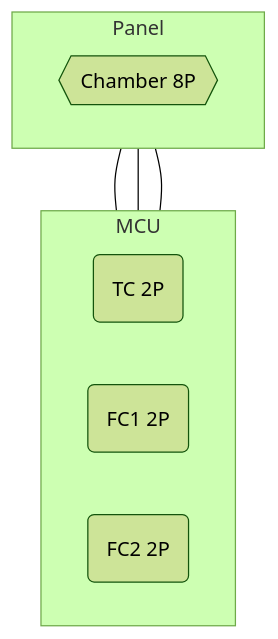
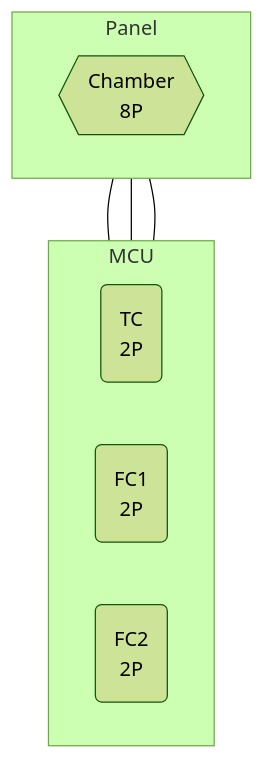
The fourth of 4 diagrams in docs/wiring/multi2.md (jon-harper/clockmaker-project), drawn with Mermaid (forest theme) before and after one commit. The commit also changed other lines of this file, not shown here.

````diff
--- a/docs/wiring/multi2.md
+++ b/docs/wiring/multi2.md
@@ -129,16 +129,16 @@
 ```mermaid
 flowchart BT
     subgraph Panel
         direction LR
-        C{{"Chamber 8P"}}
+        C{{"Chamber\n8P"}}
     end
     subgraph MCU
         direction LR
-        TC("TC 2P")
-        FC1("FC1 2P")
-        FC2("FC2 2P")
+        TC("TC\n2P")
+        FC1("FC1\n2P")
+        FC2("FC2\n2P")
     end
     TC --- C
     FC1 --- C
     FC2 --- C
 ```
````
